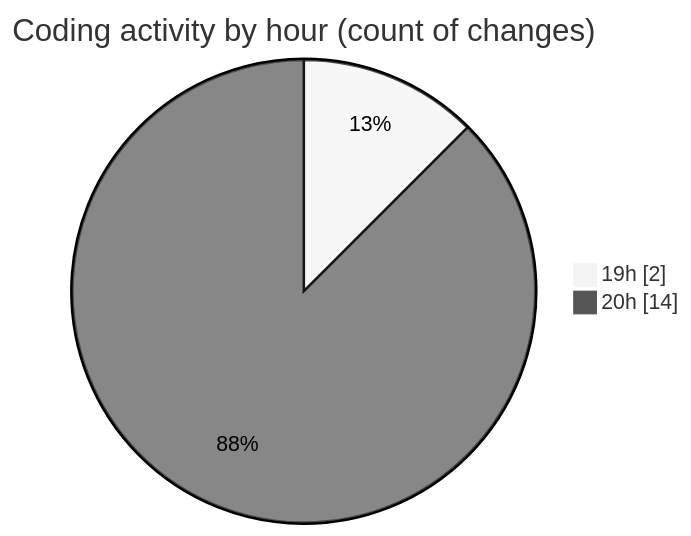
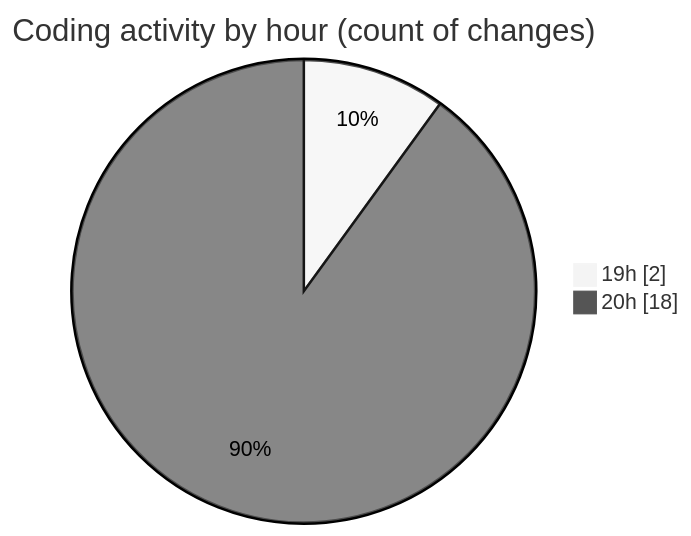
One commit to idhammustaqopulfikri/code-tracking changed the second of 2 diagrams in 2025-04-13/autodidak/README.md. Above: the diagram before and after it, drawn with Mermaid (neutral theme). The commit also changed other lines of this file and 1 other file, not shown here.

````diff
--- a/2025-04-13/autodidak/README.md
+++ b/2025-04-13/autodidak/README.md
@@ -33,6 +33,6 @@
 ```mermaid
 pie showData
 title Coding activity by hour (count of changes)
 "19h" : 2
-"20h" : 14
+"20h" : 18
 ```
````
